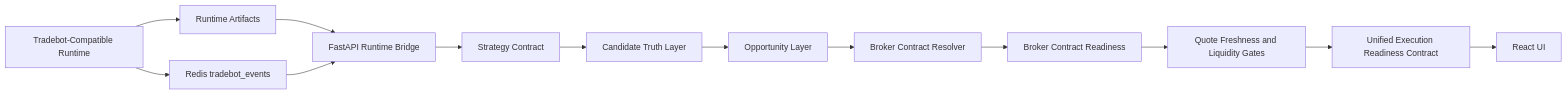
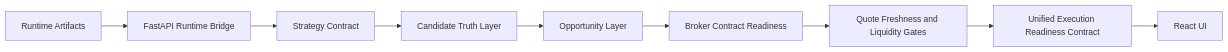
One commit to ramgolladi1503-sys/algotradify changed the diagram in README.md. Above: the diagram before and after it, drawn with Mermaid. The commit also changed other lines of this file, not shown here.

Commit message:
Document runtime evidence wiring

````diff
--- a/README.md
+++ b/README.md
@@ -32,15 +19,11 @@
 ```mermaid
 flowchart LR
-    A[Tradebot-Compatible Runtime] --> B[Runtime Artifacts]
-    B --> C[FastAPI Runtime Bridge]
-    C --> D[Strategy Contract]
-    D --> E[Candidate Truth Layer]
-    E --> F[Opportunity Layer]
-    F --> G[Broker Contract Resolver]
-    G --> H[Broker Contract Readiness]
-    H --> I[Quote Freshness and Liquidity Gates]
-    I --> J[Unified Execution Readiness Contract]
-    J --> K[React UI]
-    A --> L[Redis tradebot_events]
-    L --> C
+    A[Runtime Artifacts] --> B[FastAPI Runtime Bridge]
+    B --> C[Strategy Contract]
+    C --> D[Candidate Truth Layer]
+    D --> E[Opportunity Layer]
+    E --> F[Broker Contract Readiness]
+    F --> G[Quote Freshness and Liquidity Gates]
+    G --> H[Unified Execution Readiness Contract]
+    H --> I[React UI]
 ```
````
